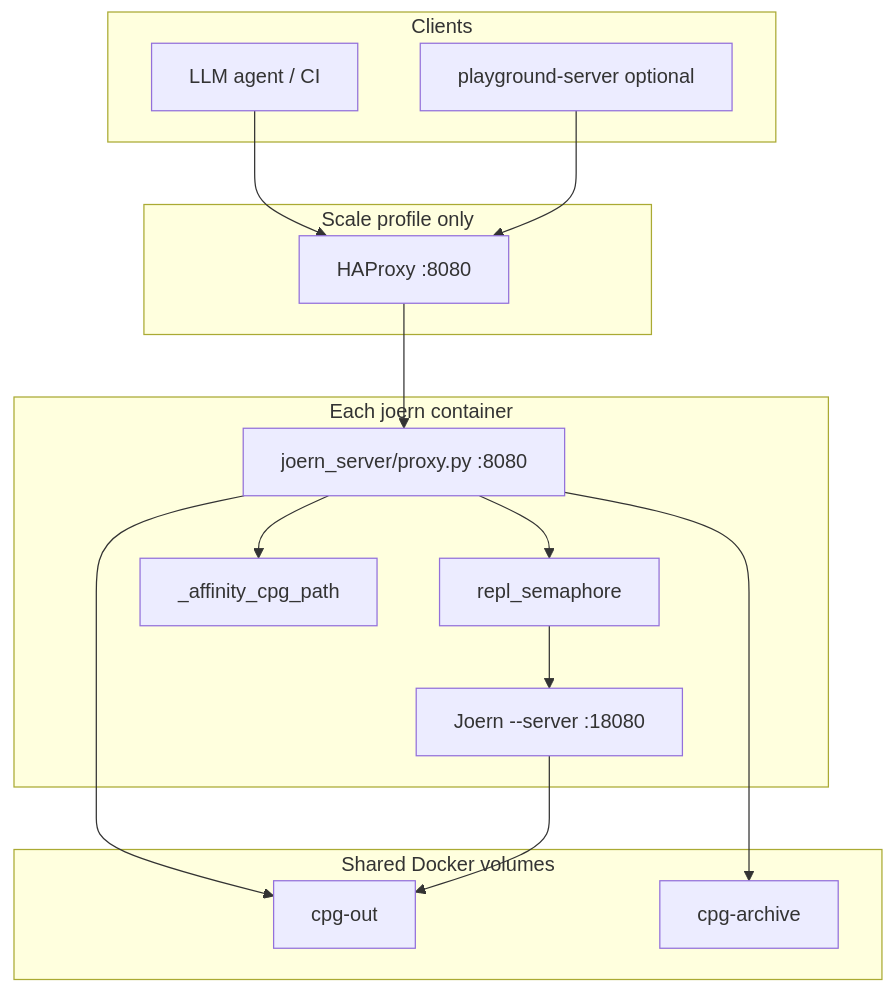
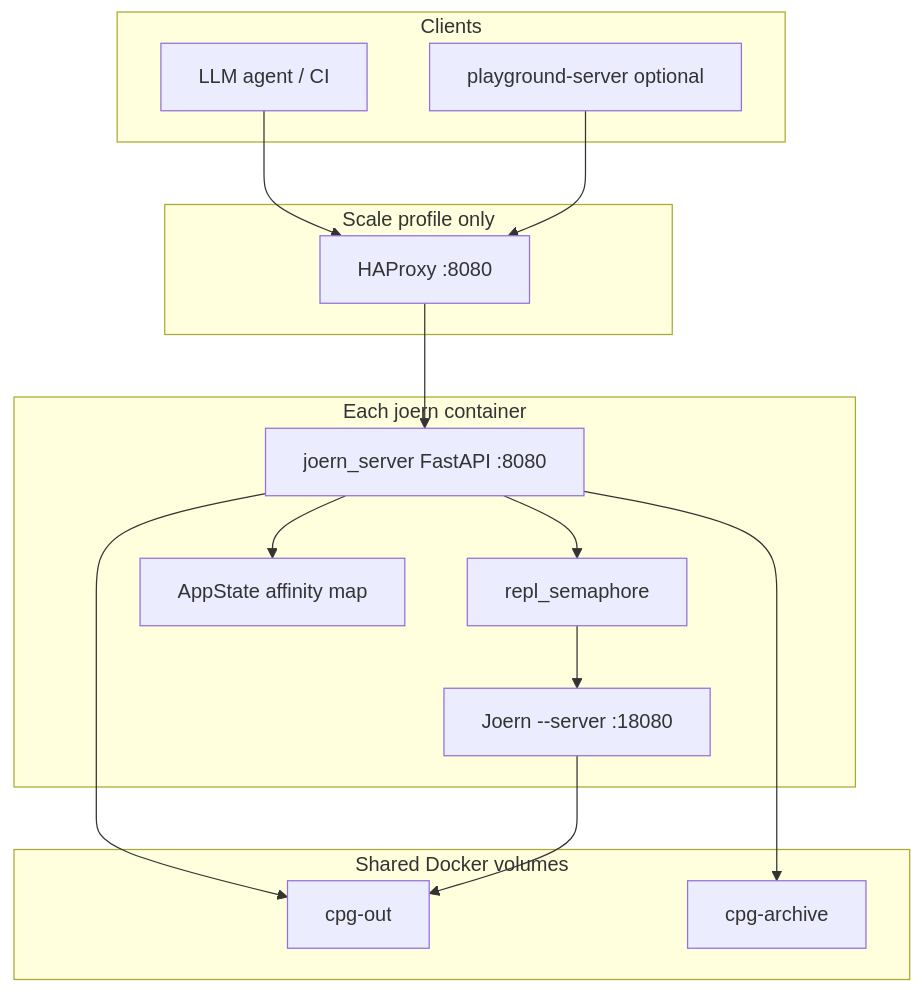
Before and after one commit to nmd2k/joern-server: the first of 2 diagrams in docs/ARCHITECTURE.md, drawn with Mermaid. The commit also changed other lines of this file and 76 other files, not shown here.

First line of the commit message:
refactor(sprint10): modularize proxy.py into FastAPI application

````diff
--- a/docs/ARCHITECTURE.md
+++ b/docs/ARCHITECTURE.md
@@ -9,32 +9,32 @@
 ```mermaid
 flowchart TB
   subgraph clients [Clients]
     Agent[LLM agent / CI]
     PG[playground-server optional]
   end
 
   subgraph edge [Scale profile only]
     HA[HAProxy :8080]
   end
 
   subgraph container [Each joern container]
-    Proxy[joern_server/proxy.py :8080]
+    API[joern_server FastAPI :8080]
     Sem[repl_semaphore]
     Joern[Joern --server :18080]
-    Affinity["_affinity_cpg_path"]
-    Proxy --> Sem --> Joern
-    Proxy --> Affinity
+    Affinity[AppState affinity map]
+    API --> Sem --> Joern
+    API --> Affinity
   end
 
   subgraph volumes [Shared Docker volumes]
     Out[cpg-out]
     Arc[cpg-archive]
   end
 
   Agent --> HA
   PG --> HA
-  HA --> Proxy
-  Proxy --> Out
-  Proxy --> Arc
+  HA --> API
+  API --> Out
+  API --> Arc
   Joern --> Out
 ```
````
